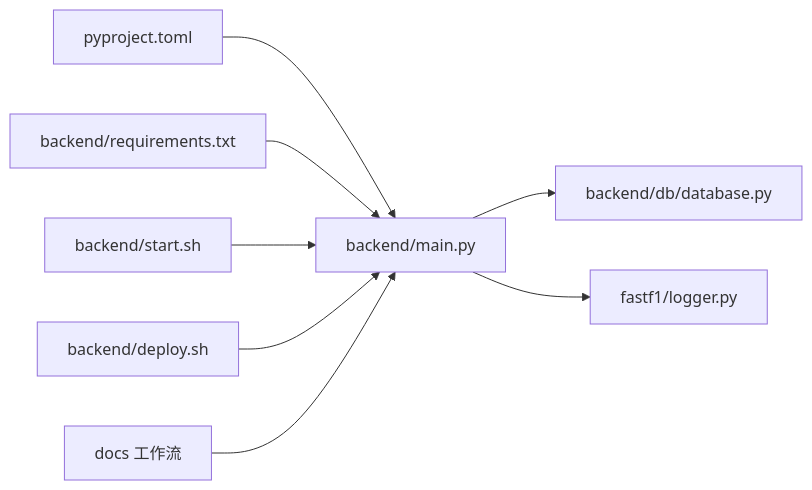
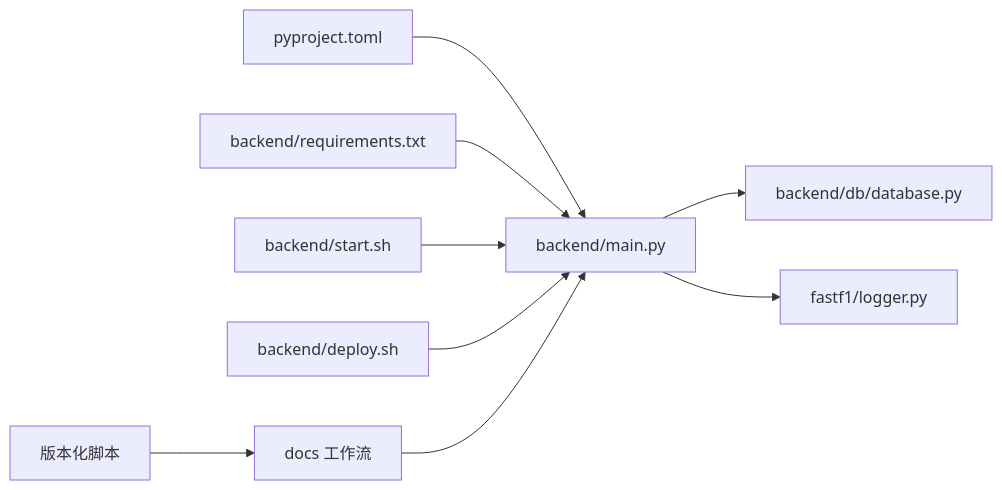
Before and after one commit to jianai0330/Fast-F1: the sixth of 6 diagrams in .qoder/repowiki/zh/content/部署和运维/部署和运维.md, drawn with Mermaid. The commit also changed other lines of this file and 22 other files, not shown here.

````diff
--- a/.qoder/repowiki/zh/content/部署和运维/部署和运维.md
+++ b/.qoder/repowiki/zh/content/部署和运维/部署和运维.md
@@ -467,10 +495,11 @@
 ```mermaid
 graph LR
 PP["pyproject.toml"] --> MAIN["backend/main.py"]
 REQ["backend/requirements.txt"] --> MAIN
 START["backend/start.sh"] --> MAIN
 DEPLOY["backend/deploy.sh"] --> MAIN
 MAIN --> DB["backend/db/database.py"]
 MAIN --> LOG["fastf1/logger.py"]
 GH["docs 工作流"] --> MAIN
+SV["版本化脚本"] --> GH
 ```
````
